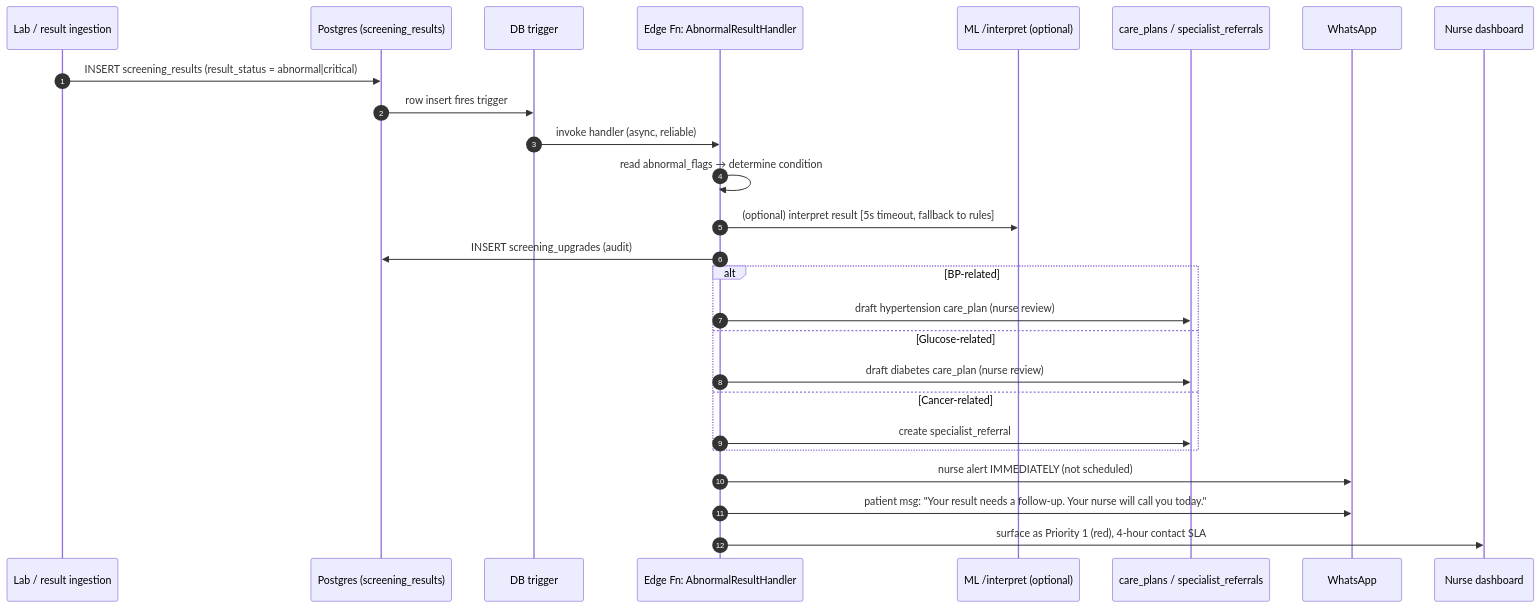
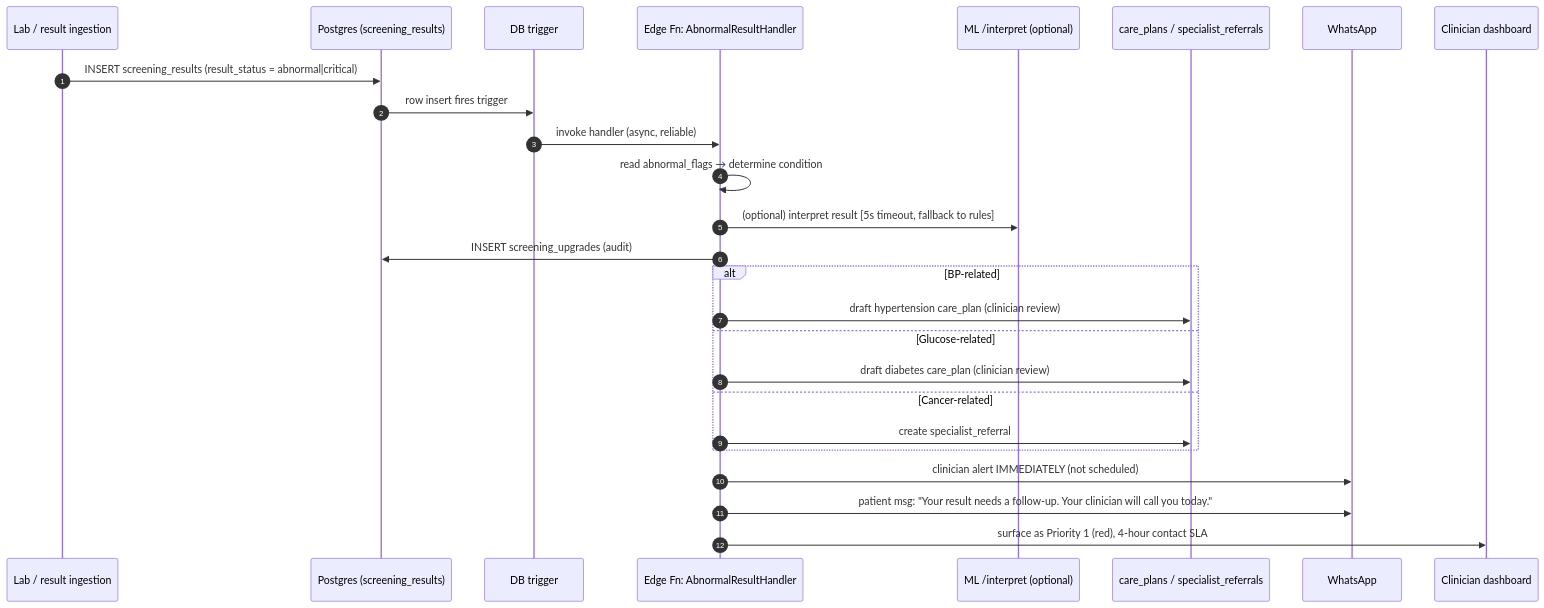
The fourth of 6 diagrams in docs/ARCHITECTURE.md (Kolalonge-creator/Tarragon-Health), drawn with Mermaid before and after one commit. The commit also changed other lines of this file and 23 other files, not shown here.

````diff
--- a/docs/ARCHITECTURE.md
+++ b/docs/ARCHITECTURE.md
@@ -211,29 +210,29 @@
 ```mermaid
 sequenceDiagram
   autonumber
   participant LAB as Lab / result ingestion
   participant DB as Postgres (screening_results)
   participant TRG as DB trigger
   participant EF as Edge Fn: AbnormalResultHandler
   participant ML as ML /interpret (optional)
   participant CP as care_plans / specialist_referrals
   participant WA as WhatsApp
-  participant NUR as Nurse dashboard
+  participant CLIN as Clinician dashboard
 
   LAB->>DB: INSERT screening_results (result_status = abnormal|critical)
   DB->>TRG: row insert fires trigger
   TRG->>EF: invoke handler (async, reliable)
   EF->>EF: read abnormal_flags → determine condition
   EF->>ML: (optional) interpret result [5s timeout, fallback to rules]
   EF->>DB: INSERT screening_upgrades (audit)
   alt BP-related
-    EF->>CP: draft hypertension care_plan (nurse review)
+    EF->>CP: draft hypertension care_plan (clinician review)
   else Glucose-related
-    EF->>CP: draft diabetes care_plan (nurse review)
+    EF->>CP: draft diabetes care_plan (clinician review)
   else Cancer-related
     EF->>CP: create specialist_referral
   end
-  EF->>WA: nurse alert IMMEDIATELY (not scheduled)
-  EF->>WA: patient msg: "Your result needs a follow-up. Your nurse will call you today."
-  EF->>NUR: surface as Priority 1 (red), 4-hour contact SLA
+  EF->>WA: clinician alert IMMEDIATELY (not scheduled)
+  EF->>WA: patient msg: "Your result needs a follow-up. Your clinician will call you today."
+  EF->>CLIN: surface as Priority 1 (red), 4-hour contact SLA
 ```
````
